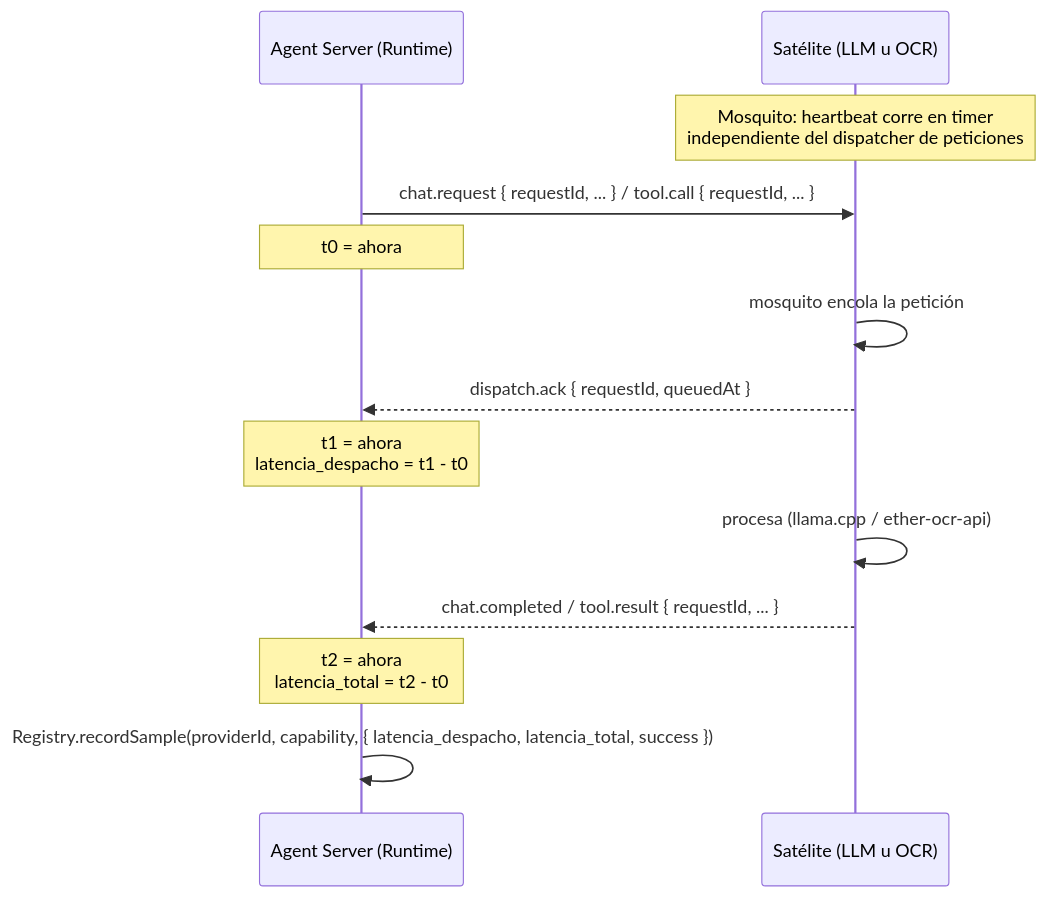
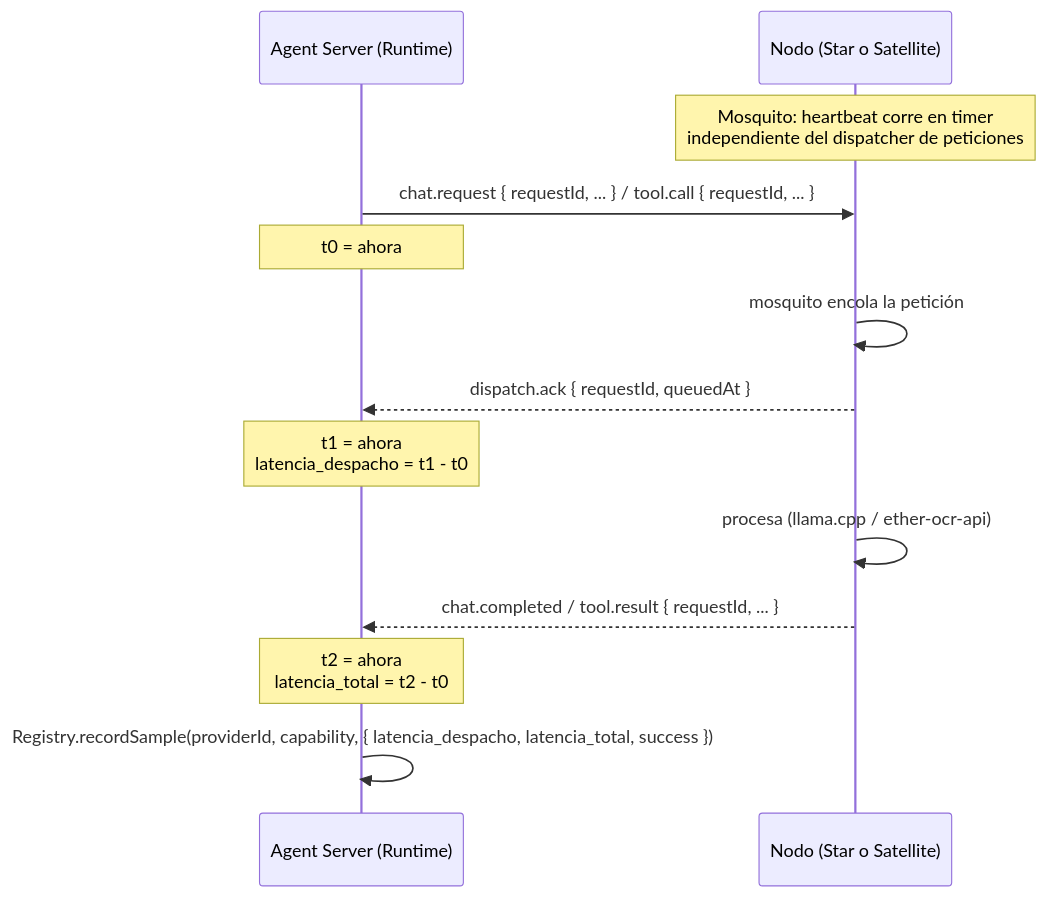
One commit to rafex/galaxIA changed the diagram in spec-native/specs/satelite-rating/SPEC.md. Above: the diagram before and after it, drawn with Mermaid. The commit also changed other lines of this file and 8 other files, not shown here.

````diff
--- a/spec-native/specs/satelite-rating/SPEC.md
+++ b/spec-native/specs/satelite-rating/SPEC.md
@@ -118,20 +122,20 @@
 ```mermaid
 sequenceDiagram
     participant AS as Agent Server (Runtime)
-    participant SAT as Satélite (LLM u OCR)
+    participant SAT as Nodo (Star o Satellite)
 
     Note over SAT: Mosquito: heartbeat corre en timer<br/>independiente del dispatcher de peticiones
 
     AS->>SAT: chat.request { requestId, ... } / tool.call { requestId, ... }
     Note over AS: t0 = ahora
 
     SAT->>SAT: mosquito encola la petición
     SAT-->>AS: dispatch.ack { requestId, queuedAt }
     Note over AS: t1 = ahora<br/>latencia_despacho = t1 - t0
 
     SAT->>SAT: procesa (llama.cpp / ether-ocr-api)
     SAT-->>AS: chat.completed / tool.result { requestId, ... }
     Note over AS: t2 = ahora<br/>latencia_total = t2 - t0
 
     AS->>AS: Registry.recordSample(providerId, capability, { latencia_despacho, latencia_total, success })
 ```
````
